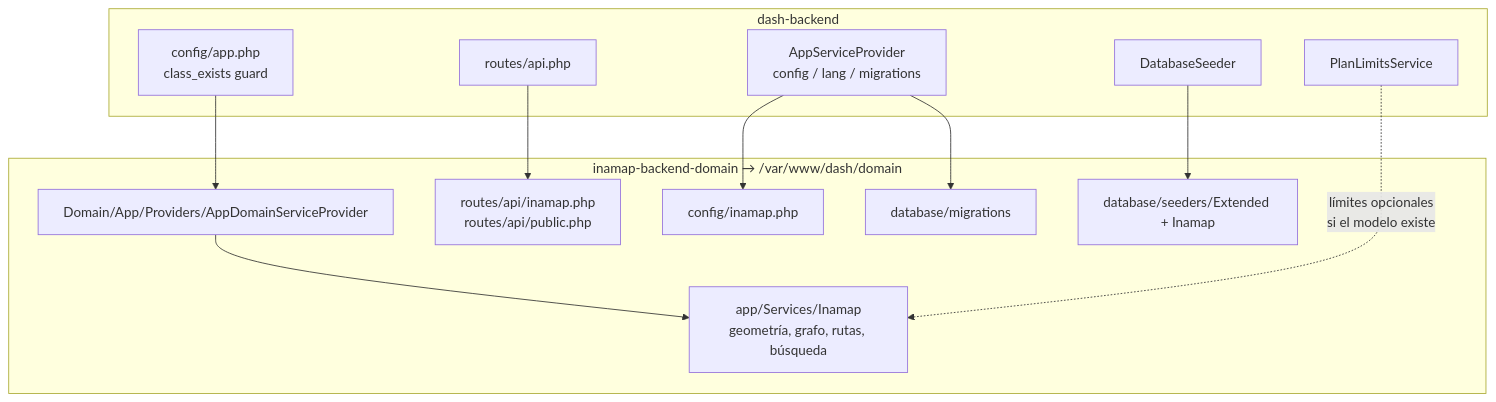
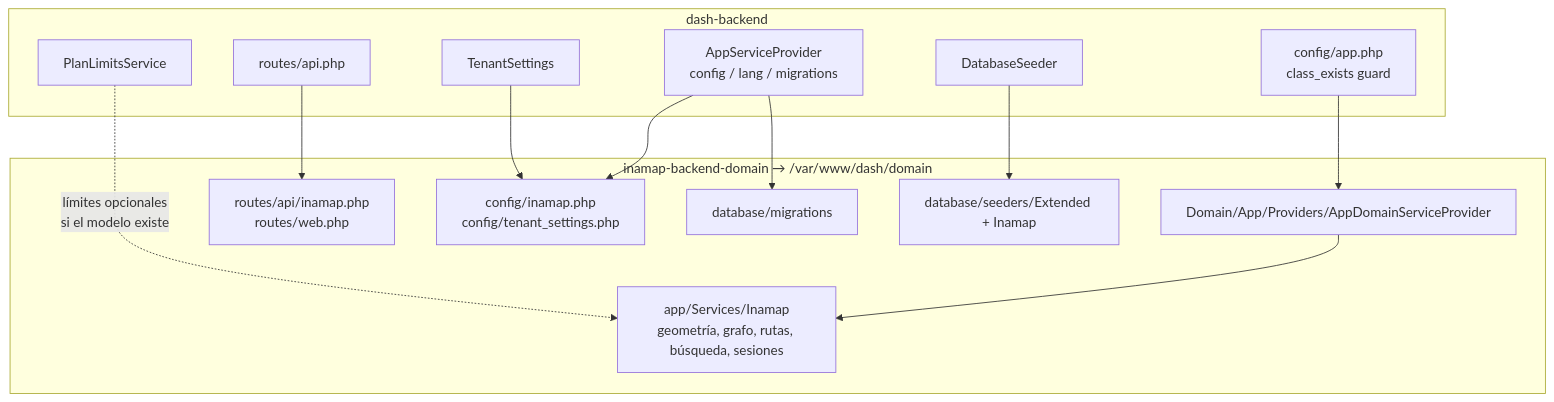
One commit to farandal/inamap-backend-domain changed the second of 21 diagrams in README.md. Above: the diagram before and after it, drawn with Mermaid. The commit also changed other lines of this file, not shown here.

First line of the commit message:
docs: finalize INAMAP domain specification

````diff
--- a/README.md
+++ b/README.md
@@ -252,26 +255,28 @@
 ```mermaid
 flowchart TD
     subgraph CORE["dash-backend"]
         APPPHP["config/app.php<br/>class_exists guard"]
         ROUTES["routes/api.php"]
         SP["AppServiceProvider<br/>config / lang / migrations"]
         SEED["DatabaseSeeder"]
         PLAN["PlanLimitsService"]
+        TSET["TenantSettings"]
     end
     subgraph DOMAIN["inamap-backend-domain  →  /var/www/dash/domain"]
         DPROV["Domain/App/Providers/AppDomainServiceProvider"]
-        DROUTES["routes/api/inamap.php<br/>routes/api/public.php"]
-        DCFG["config/inamap.php"]
+        DROUTES["routes/api/inamap.php<br/>routes/web.php"]
+        DCFG["config/inamap.php<br/>config/tenant_settings.php"]
         DMIG["database/migrations"]
         DSEED["database/seeders/Extended + Inamap"]
-        DSVC["app/Services/Inamap<br/>geometría, grafo, rutas, búsqueda"]
+        DSVC["app/Services/Inamap<br/>geometría, grafo, rutas, búsqueda, sesiones"]
     end
 
     APPPHP --> DPROV
     ROUTES --> DROUTES
     SP --> DCFG
     SP --> DMIG
     SEED --> DSEED
     DPROV --> DSVC
+    TSET --> DCFG
     PLAN -.->|"límites opcionales<br/>si el modelo existe"| DSVC
 ```
````
